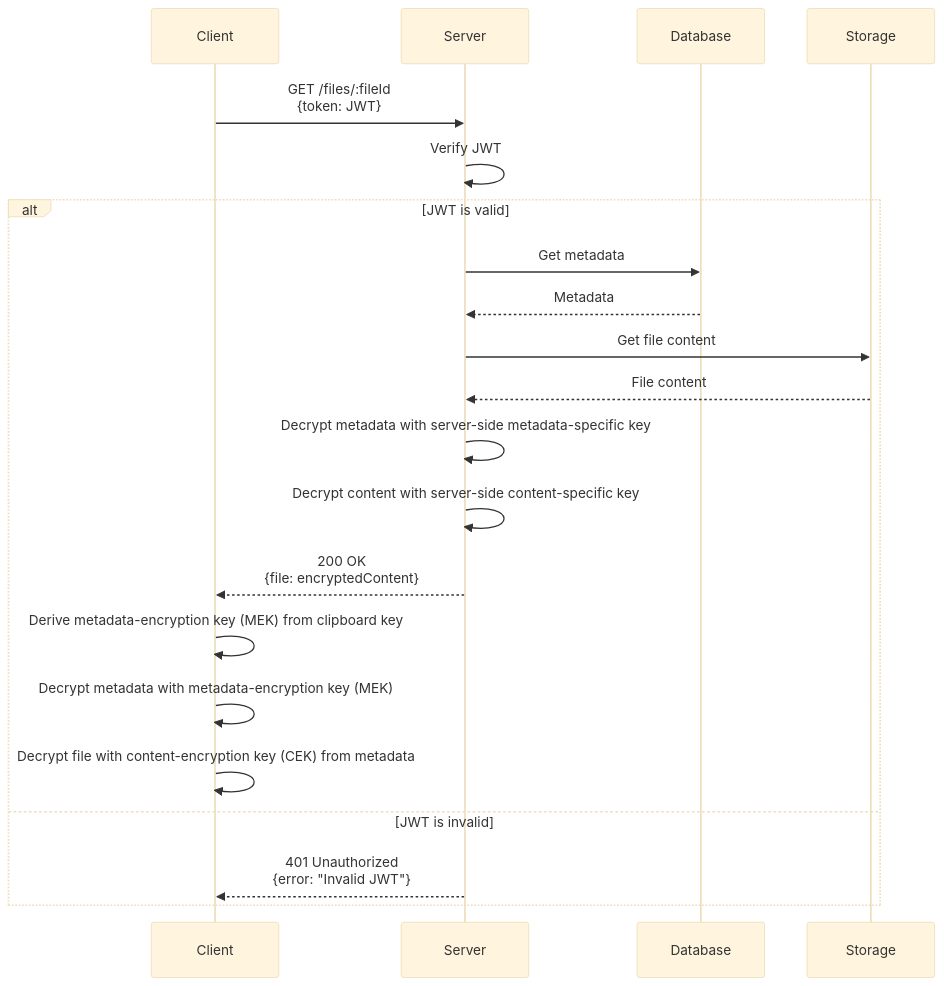
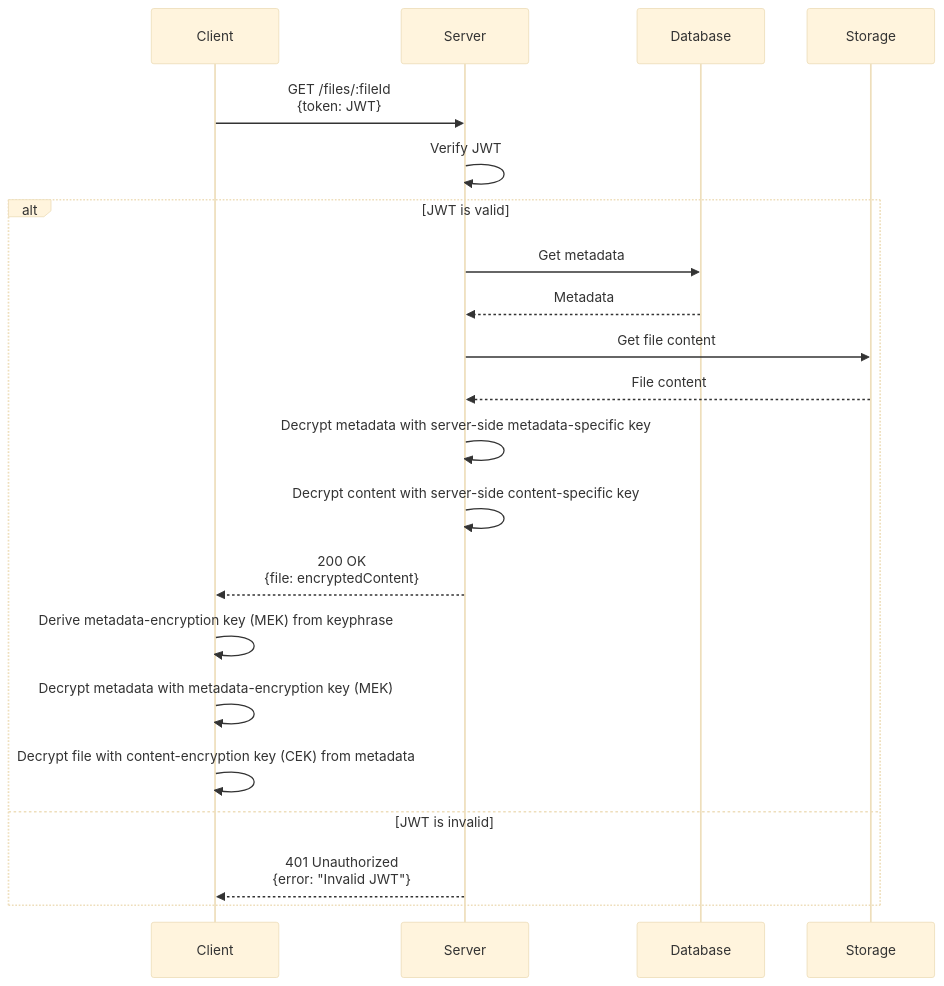
Before and after one commit to Cloud-Clipboard/Cloud-Clipboard-Crypto: the fourth of 6 diagrams in docs/encryption.md, drawn with Mermaid (base theme). The commit also changed other lines of this file and 1 other file, not shown here.

Commit message:
Update clipboard key to keyphrase

````diff
--- a/docs/encryption.md
+++ b/docs/encryption.md
@@ -81,24 +81,24 @@
 ```mermaid
 sequenceDiagram
     participant Client
     participant Server
     participant Database
     participant Storage
 
     Client ->> Server: GET /files/:fileId <br/> {token: JWT}
     Server ->> Server: Verify JWT
     alt JWT is valid
         Server ->> Database: Get metadata
         Database -->> Server: Metadata
         Server ->> Storage: Get file content
         Storage -->> Server: File content
         Server ->> Server: Decrypt metadata with server-side metadata-specific key
         Server ->> Server: Decrypt content with server-side content-specific key
         Server -->> Client: 200 OK <br/> {file: encryptedContent}
-        Client ->> Client: Derive metadata-encryption key (MEK) from clipboard key
+        Client ->> Client: Derive metadata-encryption key (MEK) from keyphrase
         Client ->> Client: Decrypt metadata with metadata-encryption key (MEK)
         Client ->> Client: Decrypt file with content-encryption key (CEK) from metadata
     else JWT is invalid
         Server -->> Client: 401 Unauthorized <br/> {error: "Invalid JWT"}
     end
 ```
````
